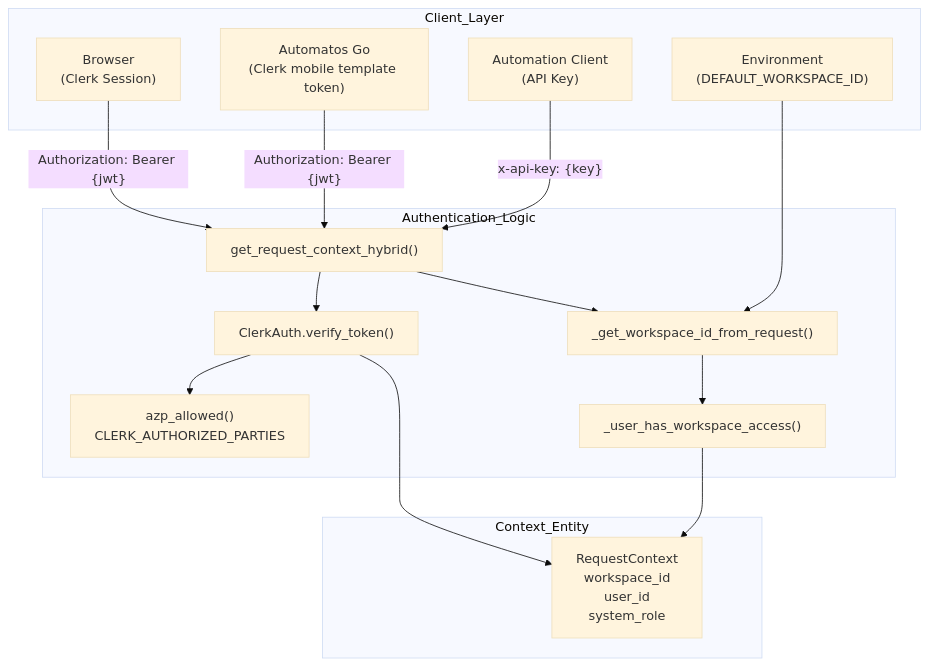
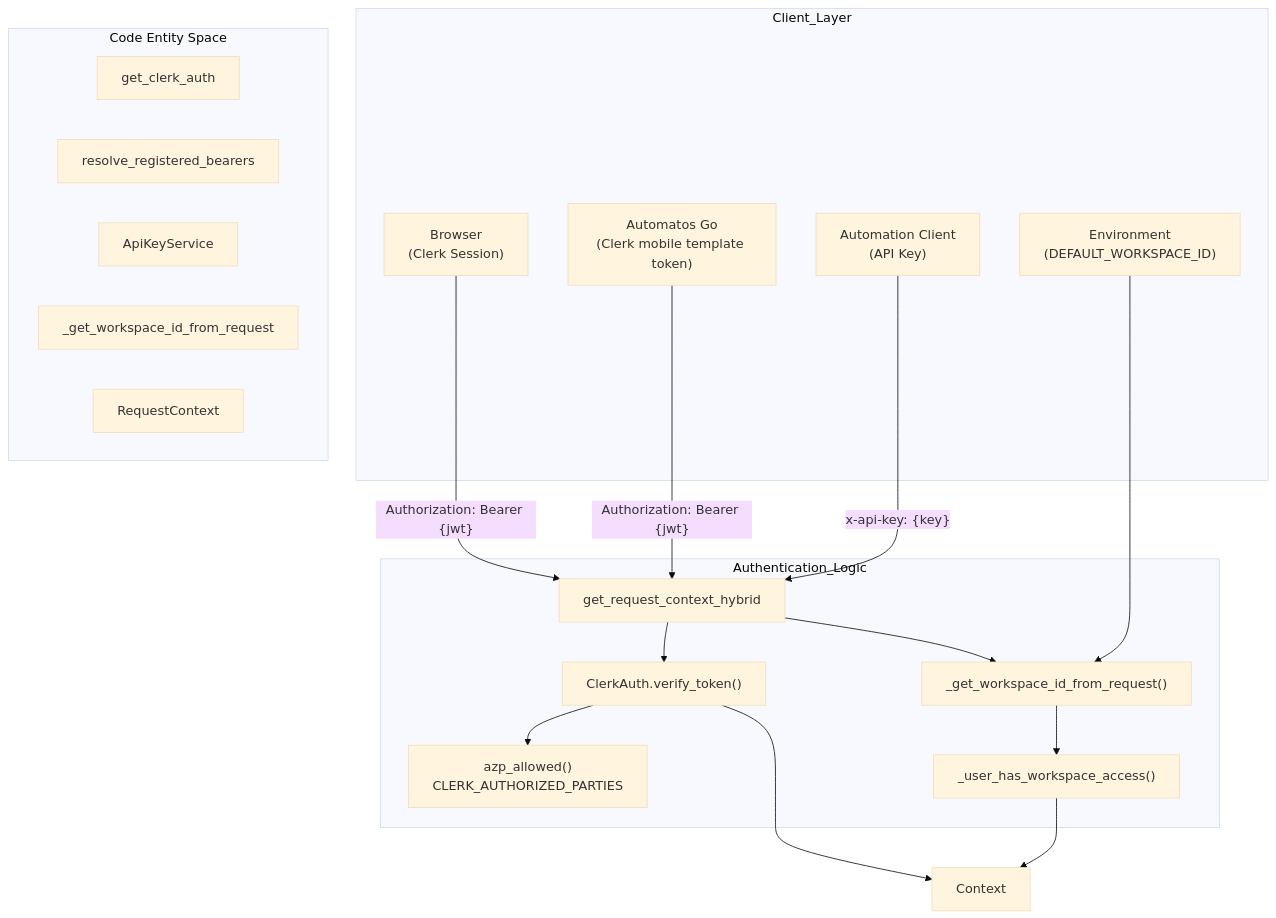
Before and after one commit to AutomatosAI/automatos-ai: the first of 2 diagrams in docs/authentication-multi-tenancy/_index.md, drawn with Mermaid (base theme). The commit also changed other lines of this file and 188 other files, not shown here.

First line of the commit message:
docs: refresh architecture docs and add coverage for new subsystems (#1416)

````diff
--- a/docs/authentication-multi-tenancy/_index.md
+++ b/docs/authentication-multi-tenancy/_index.md
@@ -63,33 +65,37 @@
 ```mermaid
 graph TB
     subgraph "Client_Layer"
         Browser["Browser<br/>(Clerk Session)"]
         Phone["Automatos Go<br/>(Clerk mobile template token)"]
         Automation["Automation Client<br/>(API Key)"]
         EnvConfig["Environment<br/>(DEFAULT_WORKSPACE_ID)"]
     end
     
     subgraph "Authentication_Logic"
         Hybrid["get_request_context_hybrid()"]
         ClerkAuth["ClerkAuth.verify_token()"]
         AzpCheck["azp_allowed()<br/>CLERK_AUTHORIZED_PARTIES"]
         WorkspaceRes["_get_workspace_id_from_request()"]
         AccessCheck["_user_has_workspace_access()"]
     end
-    
-    subgraph "Context_Entity"
-        Context["RequestContext<br/>workspace_id<br/>user_id<br/>system_role"]
+    subgraph "Code Entity Space"
+        Hybrid["get_request_context_hybrid"]
+        Clerk["get_clerk_auth"]
+        Bearers["resolve_registered_bearers"]
+        ApiKey["ApiKeyService"]
+        WorkspaceResolver["_get_workspace_id_from_request"]
+        RequestContext["RequestContext"]
     end
     
     Browser -->|"Authorization: Bearer {jwt}"| Hybrid
     Phone -->|"Authorization: Bearer {jwt}"| Hybrid
     Automation -->|"x-api-key: {key}"| Hybrid
     EnvConfig --> WorkspaceRes
     
     Hybrid --> ClerkAuth
     ClerkAuth --> AzpCheck
     Hybrid --> WorkspaceRes
     WorkspaceRes --> AccessCheck
     AccessCheck --> Context
     ClerkAuth --> Context
 ```
````
